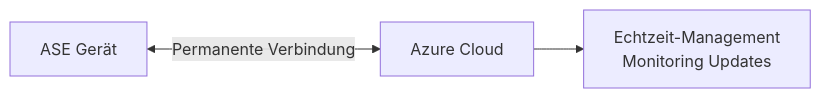
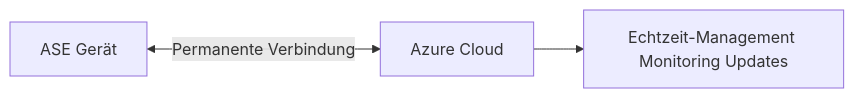
The ninth of 12 diagrams in Microsoft 365/Azure/Arc/Azure Stack Edge.md (SoniiiT/notes-n-docs), drawn with Mermaid before and after one commit. The commit also changed other lines of this file and 124 other files, not shown here.

First line of the commit message:
fix: Entferne \n aus allen Mermaid-Diagrammen (125 Dateien)

````diff
--- a/Microsoft 365/Azure/Arc/Azure Stack Edge.md
+++ b/Microsoft 365/Azure/Arc/Azure Stack Edge.md
@@ -352,9 +352,9 @@
 ```mermaid
 graph LR
     ASE[ASE Gerät]
     AZURE[Azure Cloud]
-    REAL_TIME[Echtzeit-Management\nMonitoring Updates]
+    REAL_TIME[Echtzeit-Management Monitoring Updates]
 
     ASE <-->|Permanente Verbindung| AZURE
     AZURE --> REAL_TIME
 ```
````
